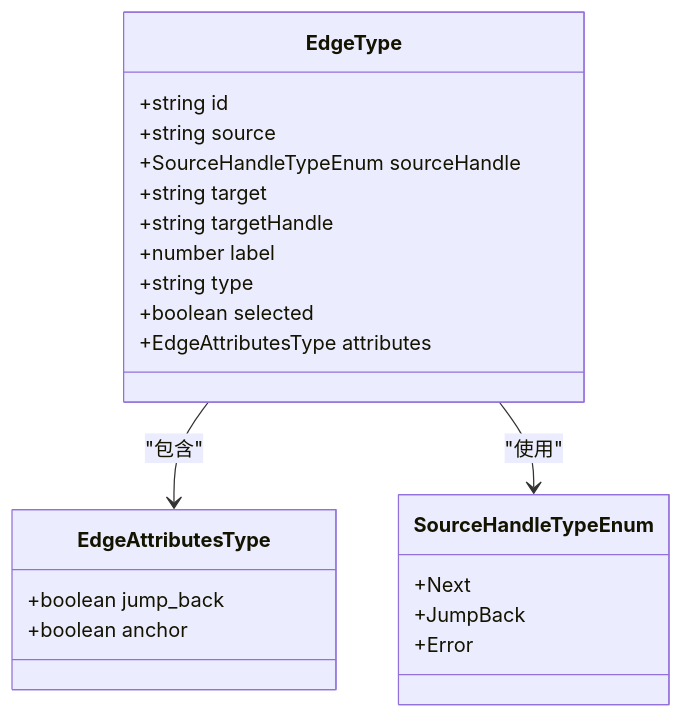
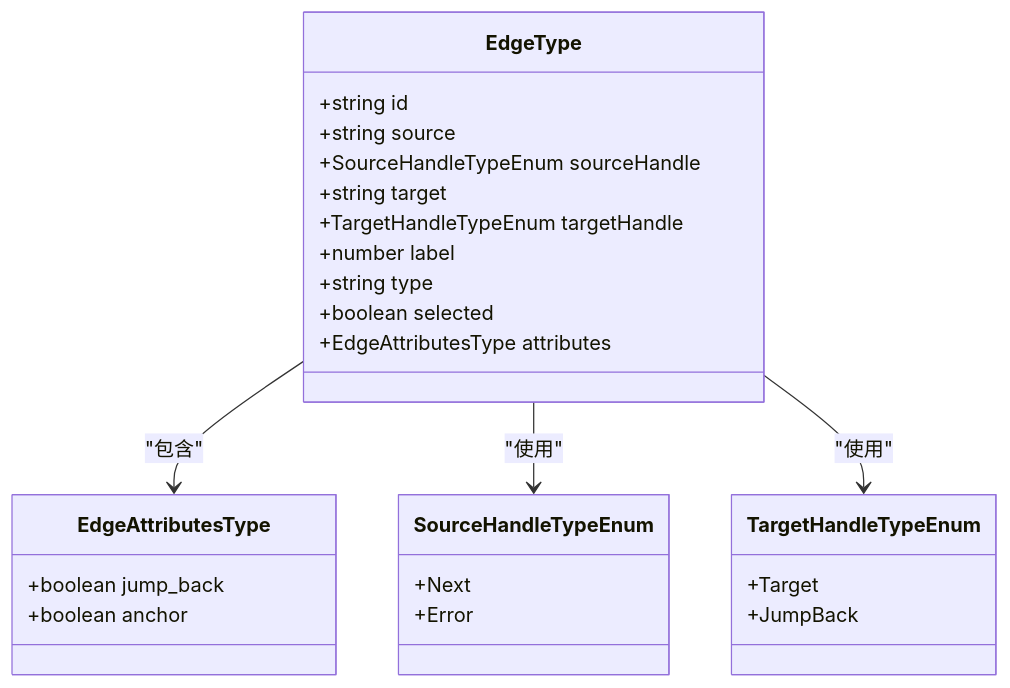
One commit to kqcoxn/MaaPipelineEditor changed the fifth of 10 diagrams in .qoder/repowiki/zh/content/核心概念/连接.md. Above: the diagram before and after it, drawn with Mermaid. The commit also changed other lines of this file and 5 other files, not shown here.

````diff
--- a/.qoder/repowiki/zh/content/核心概念/连接.md
+++ b/.qoder/repowiki/zh/content/核心概念/连接.md
@@ -282,25 +247,29 @@
 ```mermaid
 classDiagram
 class EdgeType {
 +string id
 +string source
 +SourceHandleTypeEnum sourceHandle
 +string target
-+string targetHandle
++TargetHandleTypeEnum targetHandle
 +number label
 +string type
 +boolean selected
 +EdgeAttributesType attributes
 }
 class EdgeAttributesType {
 +boolean jump_back
 +boolean anchor
 }
 class SourceHandleTypeEnum {
 +Next
++Error
+}
+class TargetHandleTypeEnum {
++Target
 +JumpBack
-+Error
 }
 EdgeType --> EdgeAttributesType : "包含"
 EdgeType --> SourceHandleTypeEnum : "使用"
+EdgeType --> TargetHandleTypeEnum : "使用"
 ```
````
